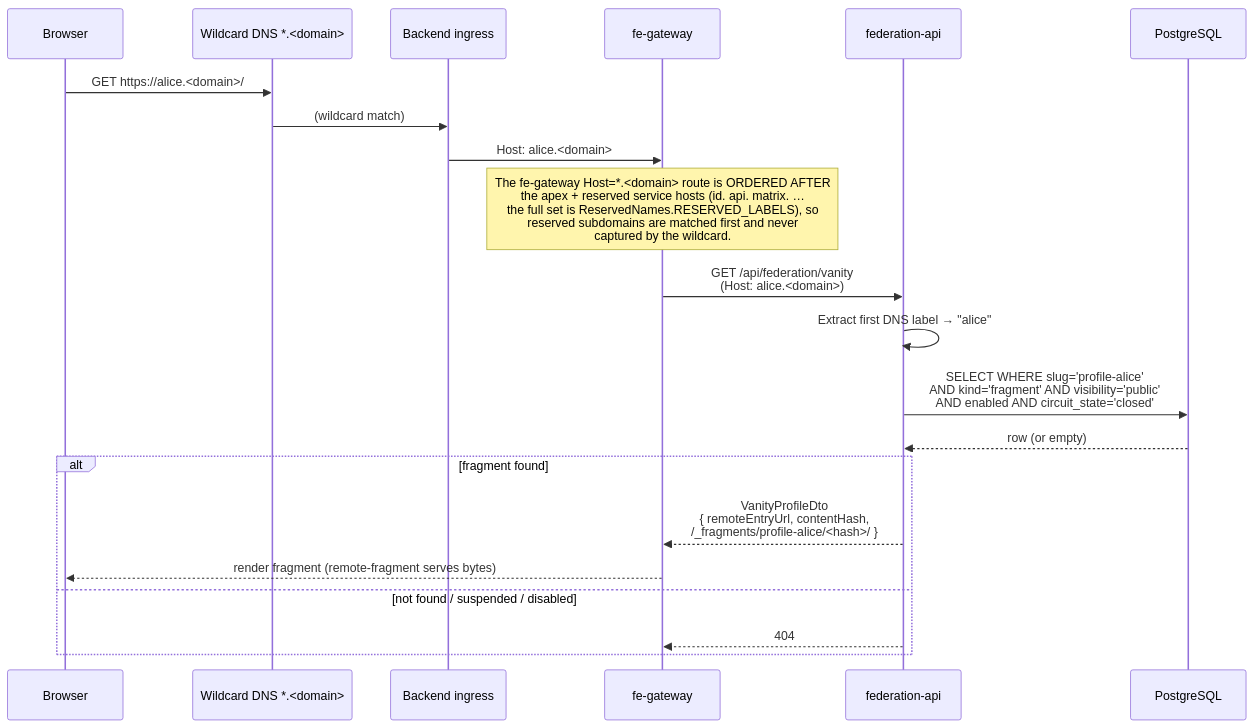
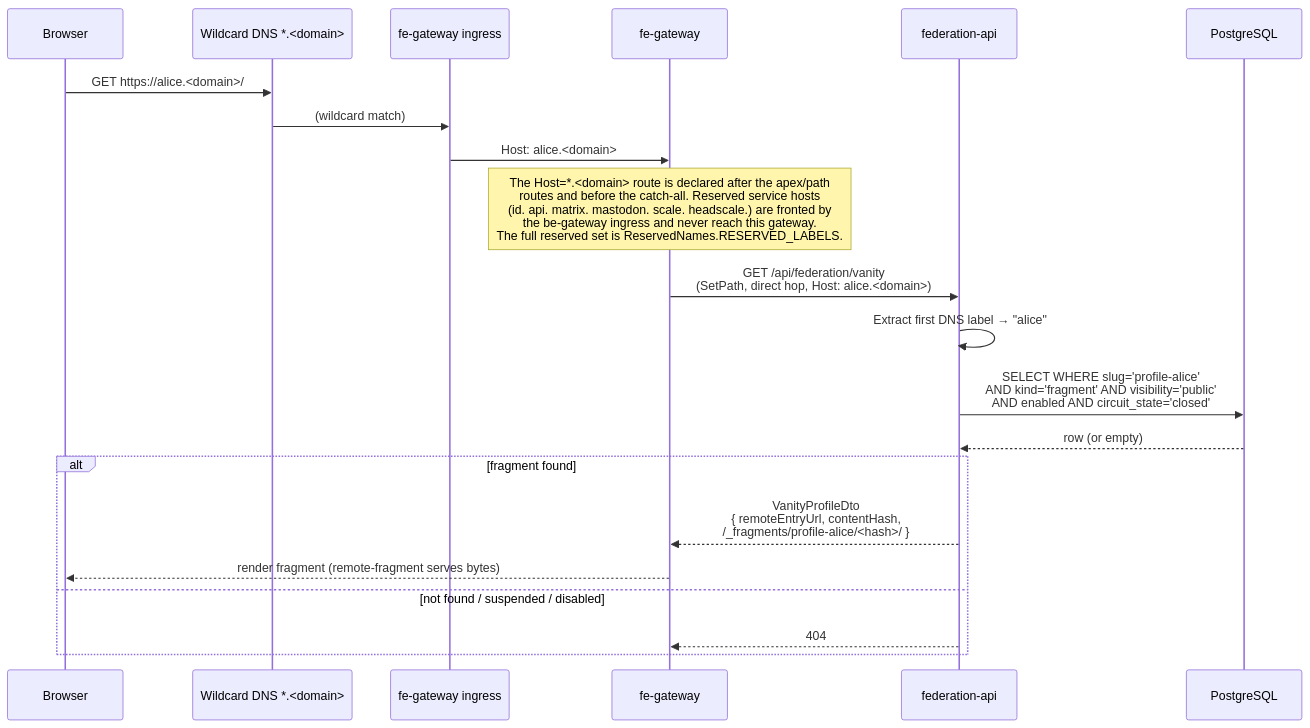
One commit to hugmesh/hugmesh-federation-api changed the third of 5 diagrams in README.md. Above: the diagram before and after it, drawn with Mermaid. The commit also changed other lines of this file and 3 other files, not shown here.

````diff
--- a/README.md
+++ b/README.md
@@ -355,24 +363,24 @@
 ```mermaid
 sequenceDiagram
     participant Browser
     participant DNS as Wildcard DNS *.<domain>
-    participant Ingress as Backend ingress
+    participant Ingress as fe-gateway ingress
     participant GW as fe-gateway
     participant FedAPI as federation-api
     participant DB as PostgreSQL
 
     Browser->>DNS: GET https://alice.<domain>/
     DNS->>Ingress: (wildcard match)
     Ingress->>GW: Host: alice.<domain>
-    Note over GW: The fe-gateway Host=*.<domain> route is ORDERED AFTER<br/>the apex + reserved service hosts (id. api. matrix. …<br/>the full set is ReservedNames.RESERVED_LABELS), so<br/>reserved subdomains are matched first and never<br/>captured by the wildcard.
-    GW->>FedAPI: GET /api/federation/vanity<br/>(Host: alice.<domain>)
+    Note over GW: The Host=*.<domain> route is declared after the apex/path<br/>routes and before the catch-all. Reserved service hosts<br/>(id. api. matrix. mastodon. scale. headscale.) are fronted by<br/>the be-gateway ingress and never reach this gateway.<br/>The full reserved set is ReservedNames.RESERVED_LABELS.
+    GW->>FedAPI: GET /api/federation/vanity<br/>(SetPath, direct hop, Host: alice.<domain>)
     FedAPI->>FedAPI: Extract first DNS label → "alice"
     FedAPI->>DB: SELECT WHERE slug='profile-alice'<br/>AND kind='fragment' AND visibility='public'<br/>AND enabled AND circuit_state='closed'
     DB-->>FedAPI: row (or empty)
     alt fragment found
         FedAPI-->>GW: VanityProfileDto<br/>{ remoteEntryUrl, contentHash,<br/>/_fragments/profile-alice/<hash>/ }
         GW-->>Browser: render fragment (remote-fragment serves bytes)
     else not found / suspended / disabled
         FedAPI-->>GW: 404
     end
 ```
````
